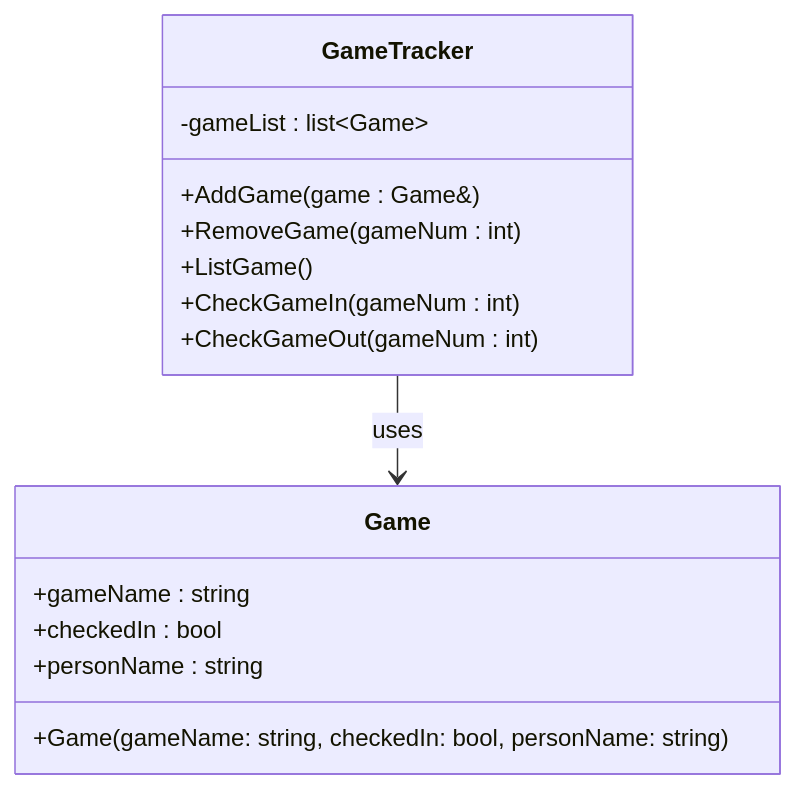
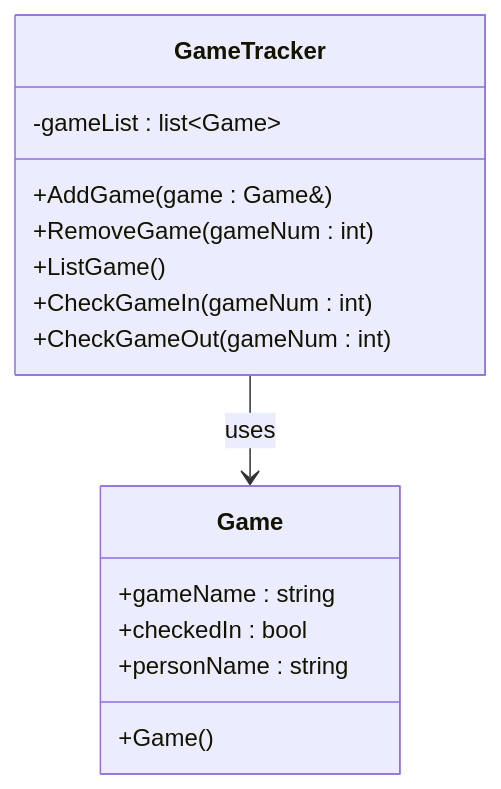
Before and after one commit to JohnBirmingham/Programing2: the diagram in practice/practice11/design.md, drawn with Mermaid.

Commit message:
final mesage

````diff
--- a/practice/practice11/design.md
+++ b/practice/practice11/design.md
@@ -37,20 +37,20 @@
 ```mermaid
 classDiagram
     class Game {
         +gameName : string
         +checkedIn : bool
         +personName : string
-        +Game(gameName: string, checkedIn: bool, personName: string)
+        +Game()
     }
 
     class GameTracker {
         -gameList : list~Game~ 
         +AddGame(game : Game&)
         +RemoveGame(gameNum : int)
         +ListGame()
         +CheckGameIn(gameNum : int)
         +CheckGameOut(gameNum : int)
     }
 
     GameTracker --> Game : uses
 ```
````
